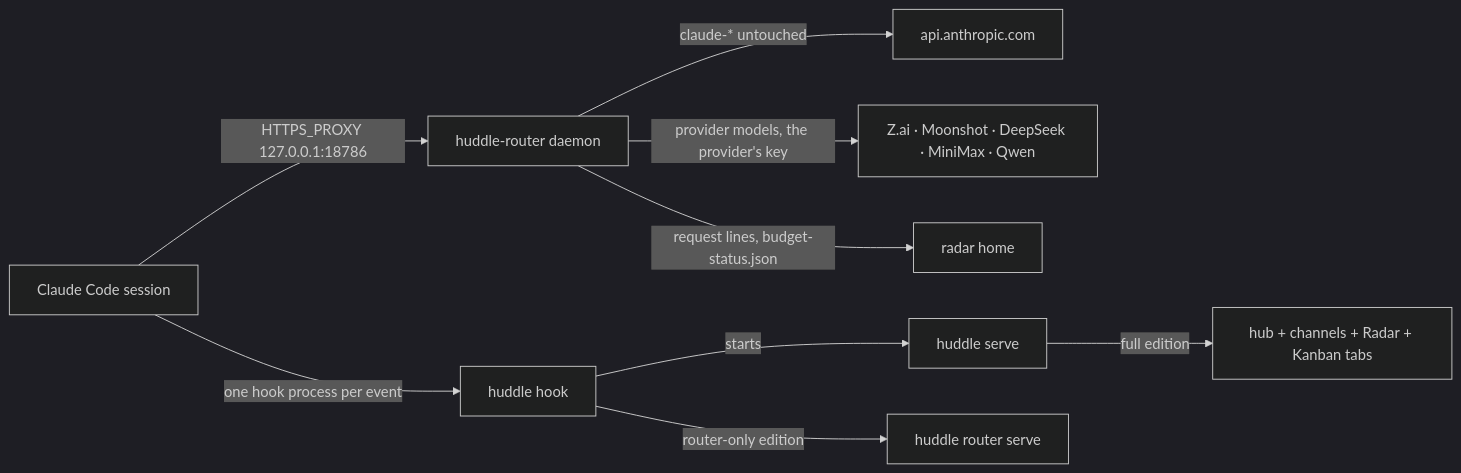
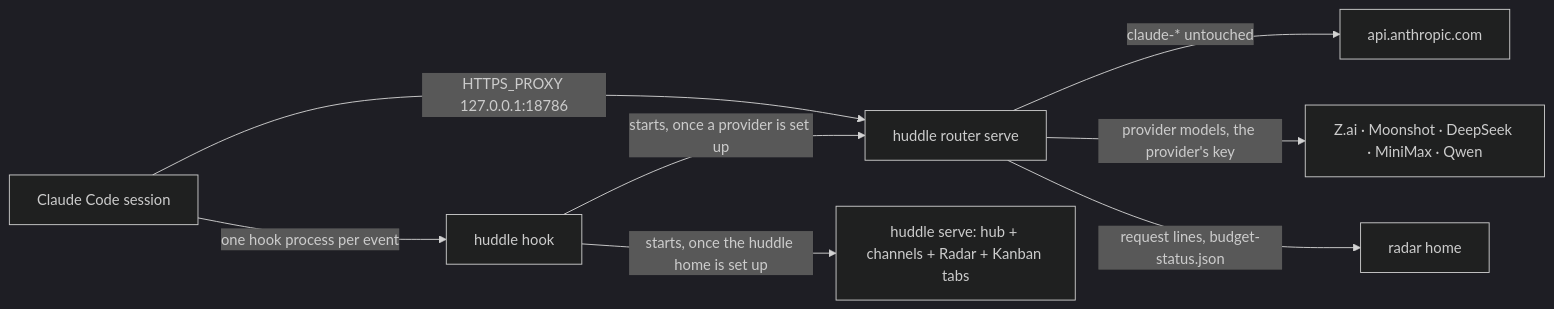
Before and after one commit to MuhmdRaouf/huddle: the diagram in README.md, drawn with Mermaid (dark theme). The commit also changed other lines of this file and 37 other files, not shown here.

Commit message:
feat(huddle): run huddle-router in its own process so a hub restart never cuts a Claude stream

````diff
--- a/README.md
+++ b/README.md
@@ -77,11 +81,10 @@
 ```mermaid
 flowchart LR
-    S[Claude Code session] -->|"HTTPS_PROXY 127.0.0.1:18786"| R[huddle-router daemon]
+    S[Claude Code session] -->|"HTTPS_PROXY 127.0.0.1:18786"| R["huddle router serve"]
     S -->|"one hook process per event"| K["huddle hook"]
     R -->|"claude-* untouched"| A[api.anthropic.com]
     R -->|"provider models, the provider's key"| P["Z.ai · Moonshot · DeepSeek · MiniMax · Qwen"]
     R -->|"request lines, budget-status.json"| SP[radar home]
-    K -->|"starts"| D[huddle serve]
-    D -->|"full edition"| HUB["hub + channels + Radar + Kanban tabs"]
-    K -->|"router-only edition"| RS["huddle router serve"]
+    K -->|"starts, once a provider is set up"| R
+    K -->|"starts, once the huddle home is set up"| D["huddle serve: hub + channels + Radar + Kanban tabs"]
 ```
````
